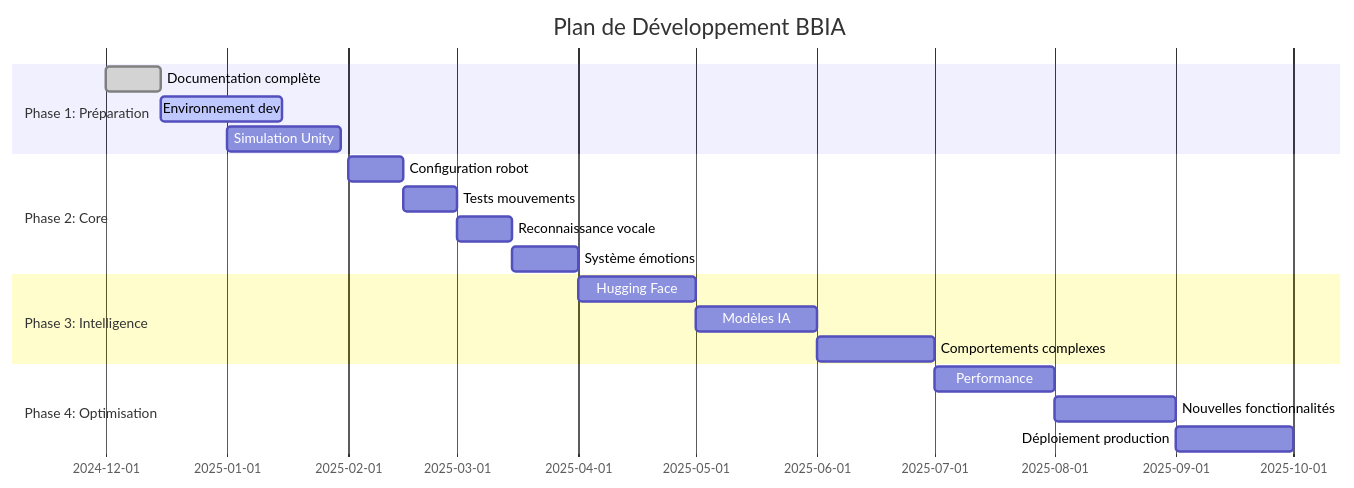
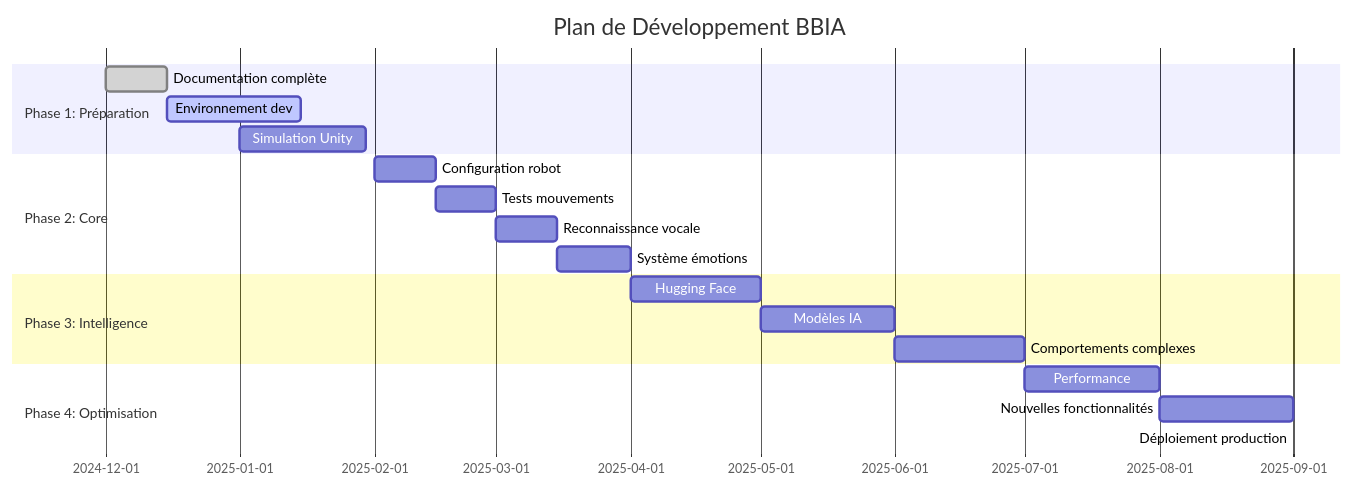
The second of 4 diagrams in docs/guides/REACHY_MINI_WIRELESS_COMPLETE_GUIDE.md (arkalia-luna-system/bbia-sim), drawn with Mermaid before and after one commit. The commit also changed 11 other files, not shown here.

````diff
--- a/docs/guides/REACHY_MINI_WIRELESS_COMPLETE_GUIDE.md
+++ b/docs/guides/REACHY_MINI_WIRELESS_COMPLETE_GUIDE.md
@@ -179,25 +179,25 @@
 ```mermaid
 gantt
     title Plan de Développement BBIA
     dateFormat  YYYY-MM-DD
     section Phase 1: Préparation
     Documentation complète    :done, doc, 2024-12-01, 2024-12-15
     Environnement dev        :active, env, 2024-12-15, 2025-01-15
     Simulation Unity         :sim, 2025-01-01, 2025-01-30
     
     section Phase 2: Core
     Configuration robot      :robot, 2025-02-01, 2025-02-15
     Tests mouvements         :move, 2025-02-15, 2025-03-01
     Reconnaissance vocale    :voice, 2025-03-01, 2025-03-15
     Système émotions         :emotions, 2025-03-15, 2025-04-01
     
     section Phase 3: Intelligence
     Hugging Face             :hf, 2025-04-01, 2025-05-01
     Modèles IA               :ai, 2025-05-01, 2025-06-01
     Comportements complexes  :behavior, 2025-06-01, 2025-07-01
     
     section Phase 4: Optimisation
     Performance              :perf, 2025-07-01, 2025-08-01
     Nouvelles fonctionnalités :feat, 2025-08-01, 2025-09-01
-    Déploiement production   :deploy, 2025-09-01, 2025-10-01
+    Déploiement production   :deploy, 2025-09-01, Octobre 2025
 ```
````
